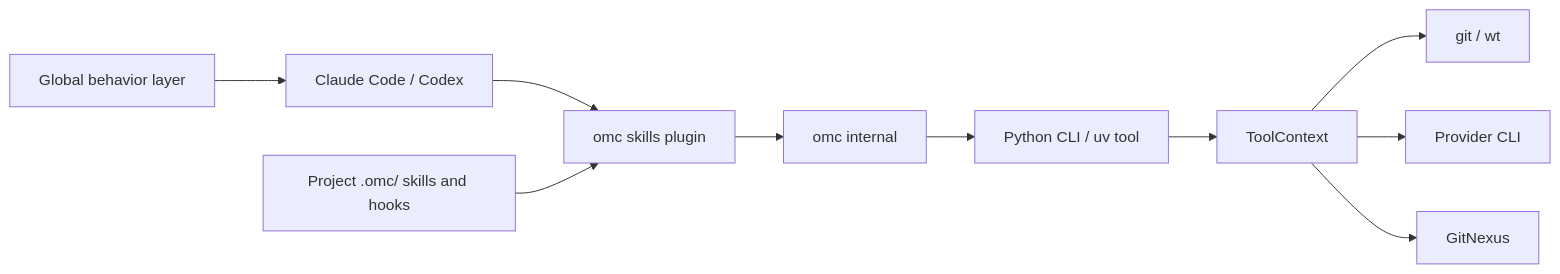
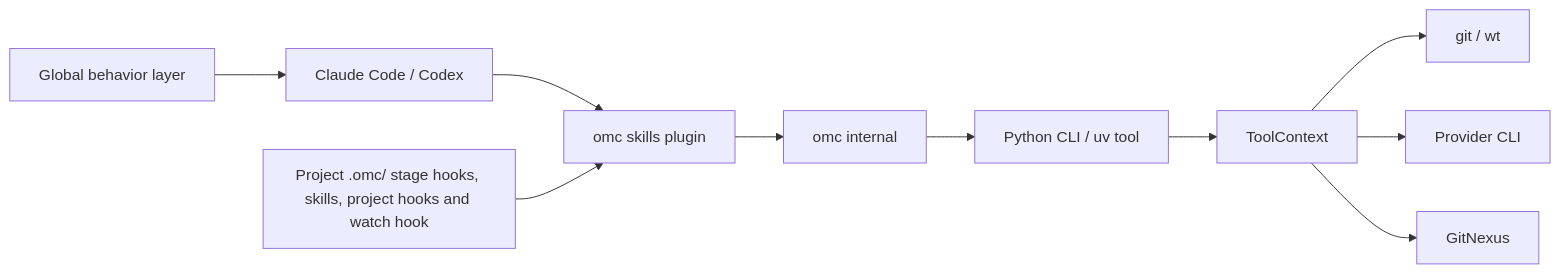
One commit to chris-husse/oh-my-clanker changed the second of 4 diagrams in README.md. Above: the diagram before and after it, drawn with Mermaid. The commit also changed other lines of this file and 78 other files, not shown here.

First line of the commit message:
Run check/build/verify as polled stage hooks under an omc supervisor

````diff
--- a/README.md
+++ b/README.md
@@ -265,12 +265,12 @@
 ```mermaid
 flowchart LR
     Behavior["Global behavior layer"] --> Harness["Claude Code / Codex"]
     Harness --> Skills["omc skills plugin"]
-    Project["Project .omc/ skills and hooks"] --> Skills
+    Project["Project .omc/ stage hooks, skills, project hooks and watch hook"] --> Skills
     Skills --> Internal["omc internal"]
     Internal --> CLI["Python CLI / uv tool"]
     CLI --> Tools["ToolContext"]
     Tools --> Git["git / wt"]
     Tools --> Provider["Provider CLI"]
     Tools --> Nexus["GitNexus"]
 ```
````
